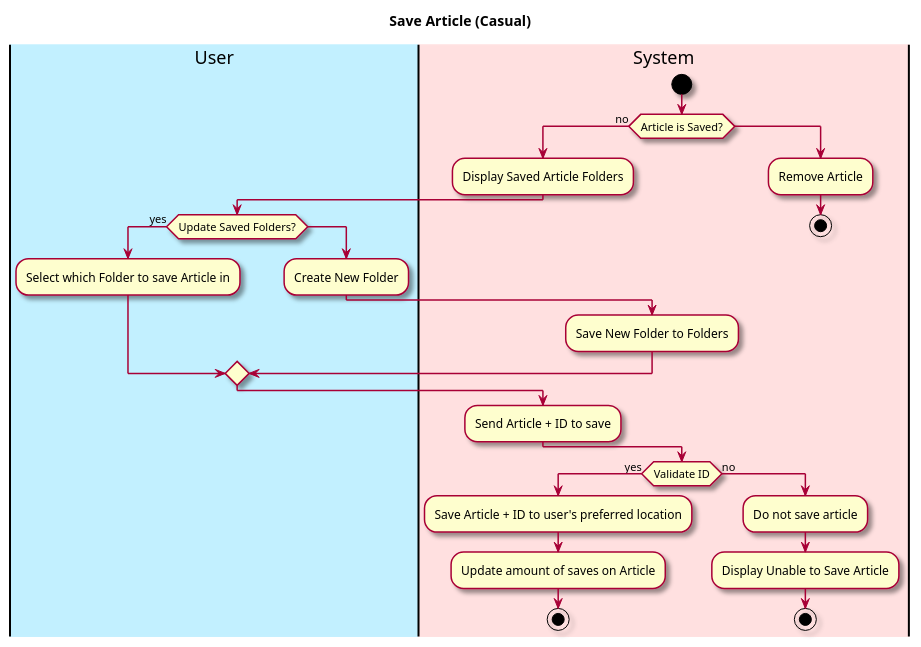
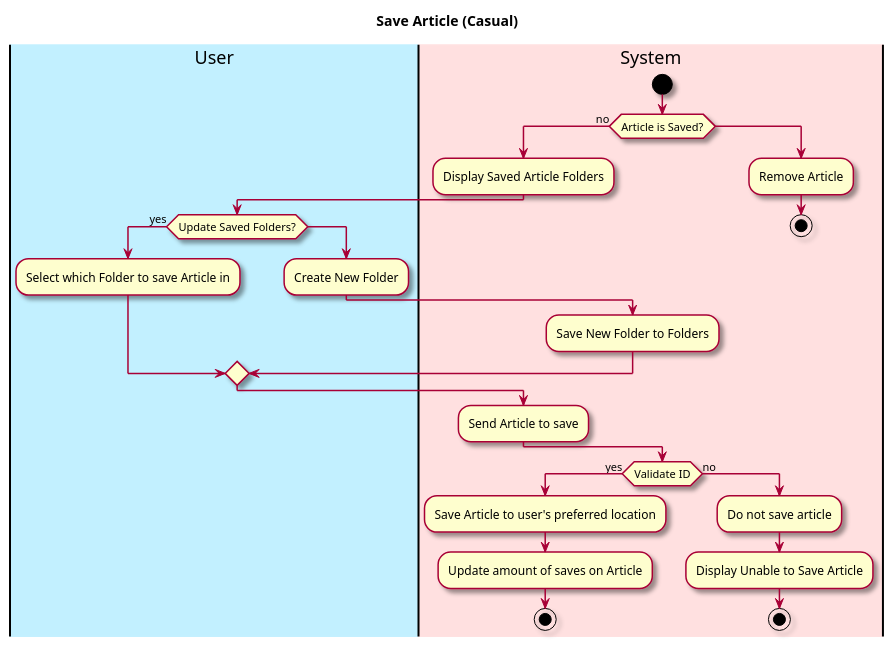
Before and after one commit to owhitleym-ui/EcoScoop: the first of 2 diagrams in intellij/doc/use-cases/save-article.md, drawn with PlantUML. The commit also changed other lines of this file and 6 other files, not shown here.

````diff
--- a/intellij/doc/use-cases/save-article.md
+++ b/intellij/doc/use-cases/save-article.md
@@ -24,44 +24,44 @@
 ```plantuml
 @startuml
 
 skin rose
 
 title Save Article (Casual)
 
 'define the lanes
 |#application|User|
 |#implementation|System|
 
 |System|
 start
 if (Article is Saved?) then (no)
 :Display Saved Article Folders;
 |User|
 if(Update Saved Folders?) then (yes)
 :Select which Folder to save Article in;
 else()
 :Create New Folder;
 |System|
 :Save New Folder to Folders;
 endif
 |System|
-:Send Article + ID to save;
+:Send Article to save;
  else ()
 :Remove Article;
 stop
 endif
 
 
 |System|
 if (Validate ID) then (yes)
-:Save Article + ID to user's preferred location;
+:Save Article to user's preferred location;
 :Update amount of saves on Article;
 stop
 
 else (no)
 :Do not save article;
 :Display Unable to Save Article;
 
 stop
 @enduml
 ```
````
